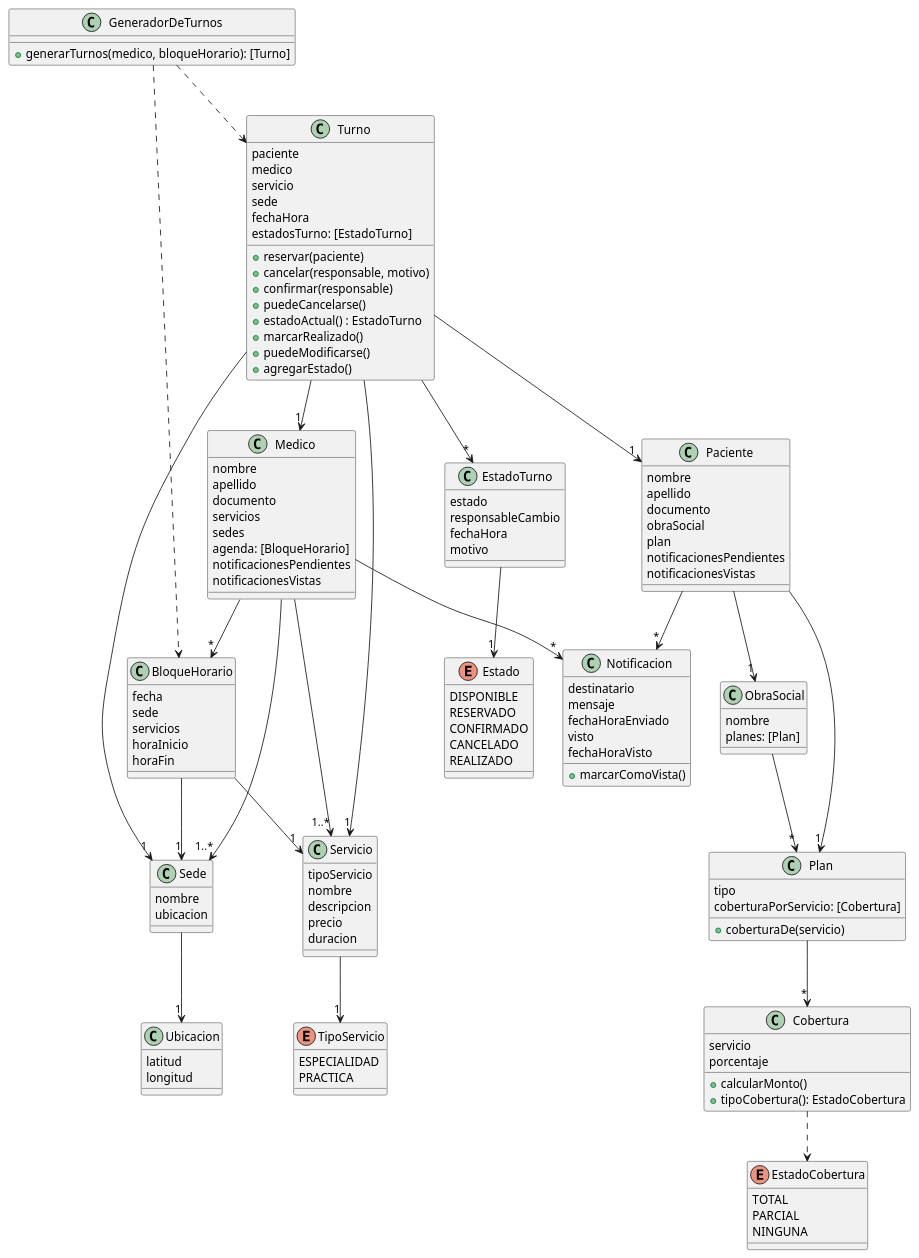
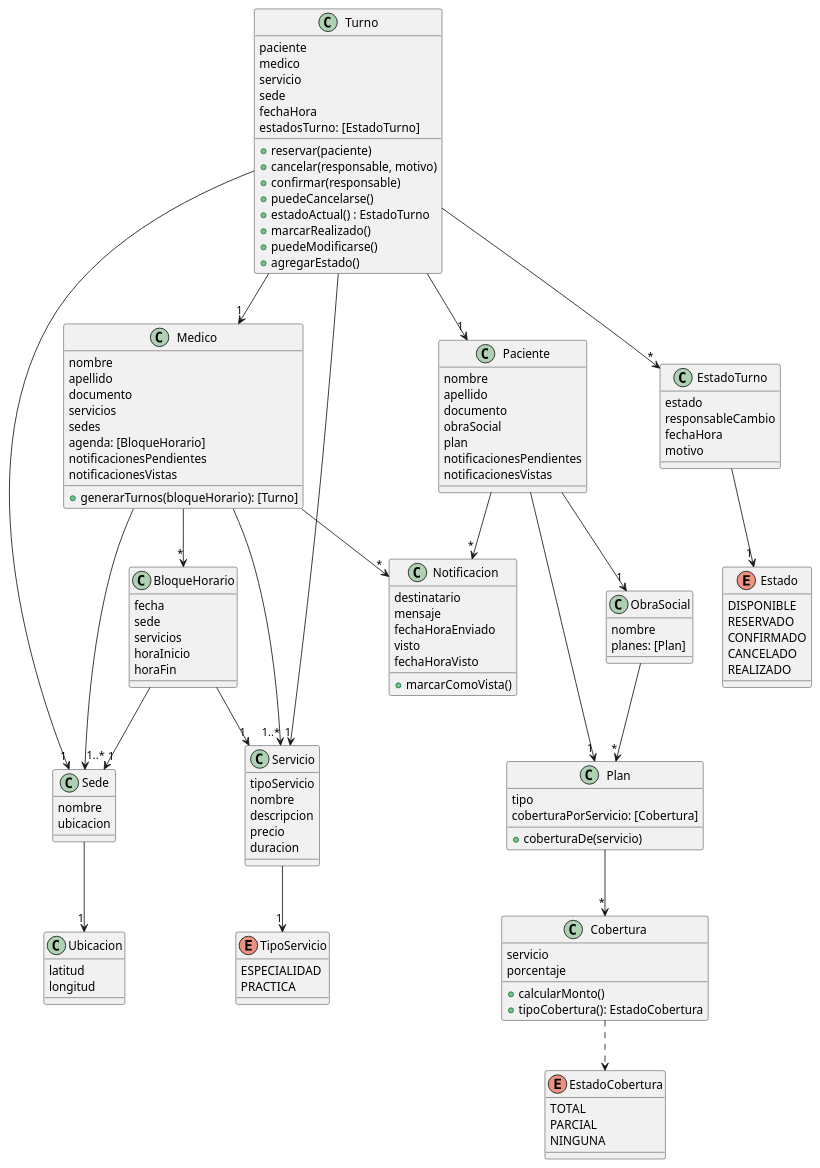
Before and after one commit to tinogera/Sweet-Medical: the diagram in docs/diag-clases-tp.puml, drawn with PlantUML. The commit also changed 3 other files, not shown here.

Commit message:
paso la generacion de los turnos a el medico

```diff
--- a/docs/diag-clases-tp.puml
+++ b/docs/diag-clases-tp.puml
@@ -1,161 +1,156 @@
 @startuml
 
 Medico --> "*" BloqueHorario
 Medico --> "1..*" Servicio
 Medico --> "1..*" Sede
 Medico --> "*" Notificacion
 
 Servicio --> "1" TipoServicio
 
 BloqueHorario --> "1" Servicio
 BloqueHorario --> "1" Sede
 
 Sede --> "1" Ubicacion
 
 Paciente --> "1" ObraSocial
 Paciente --> "1" Plan
 Paciente --> "*" Notificacion
 
 ObraSocial --> "*" Plan
 
 Plan --> "*" Cobertura
 
 Cobertura ..> EstadoCobertura
 
 Turno --> "1" Paciente
 Turno --> "1" Medico
 Turno --> "1" Servicio
 Turno --> "1" Sede
 Turno --> "*" EstadoTurno
 
 EstadoTurno --> "1" Estado
 
-GeneradorDeTurnos ..> Turno
-GeneradorDeTurnos ..> BloqueHorario
-
 class Medico {
     nombre
     apellido
     documento
     servicios
     sedes
     agenda: [BloqueHorario]
     notificacionesPendientes
     notificacionesVistas
+
+    + generarTurnos(bloqueHorario): [Turno]
 }
 
 class Servicio {
     tipoServicio
     nombre
     descripcion
     precio
     duracion
 }
 
 enum TipoServicio {
     ESPECIALIDAD
     PRACTICA
 }
 
 class BloqueHorario {
     fecha
     sede
     servicios
     horaInicio
     horaFin
 }
 
 class Sede {
     nombre
     ubicacion
 }
 
 class Ubicacion {
     latitud
     longitud
 }
 
 class Paciente {
     nombre
     apellido
     documento
     obraSocial
     plan
     notificacionesPendientes
     notificacionesVistas
 }
 
 class ObraSocial {
     nombre
     planes: [Plan]
 }
 
 class Plan {
     tipo
     coberturaPorServicio: [Cobertura]
 
     + coberturaDe(servicio)
 }
 
 class Cobertura {
     servicio
     porcentaje
 
     + calcularMonto()
     + tipoCobertura(): EstadoCobertura
 }
 
 enum EstadoCobertura {
     TOTAL
     PARCIAL
     NINGUNA
 }
 
 class Turno {
     paciente
     medico
     servicio
     sede
     fechaHora
     estadosTurno: [EstadoTurno]
 
     + reservar(paciente)
     + cancelar(responsable, motivo)
     + confirmar(responsable)
     + puedeCancelarse()
     + estadoActual() : EstadoTurno
     + marcarRealizado()
     + puedeModificarse()
     + agregarEstado()
 }
 
 class EstadoTurno {
     estado
     responsableCambio
     fechaHora
     motivo
 }
 
 enum Estado {
     DISPONIBLE
     RESERVADO
     CONFIRMADO
     CANCELADO
     REALIZADO
 }
 
 class Notificacion {
     destinatario
     mensaje
     fechaHoraEnviado
     visto
     fechaHoraVisto
 
     + marcarComoVista()
 }
 
-class GeneradorDeTurnos {
-    + generarTurnos(medico, bloqueHorario): [Turno]
-}
-
 @enduml
```
